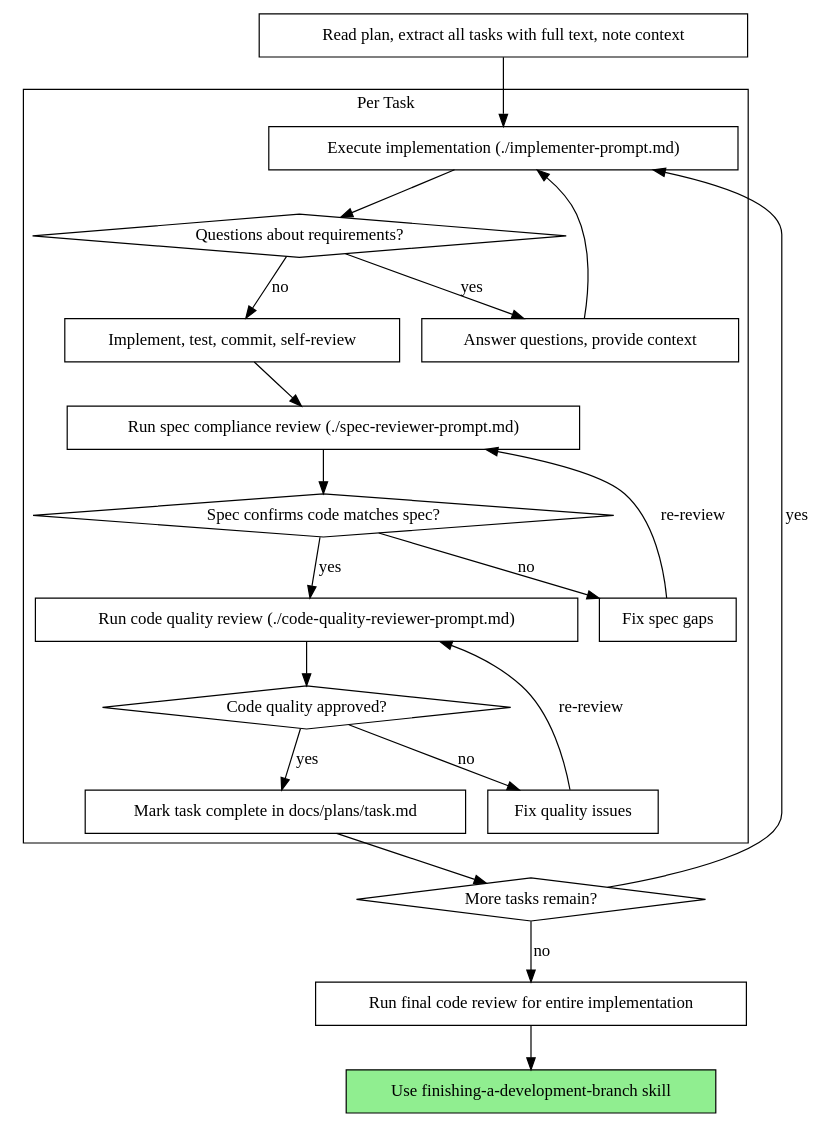
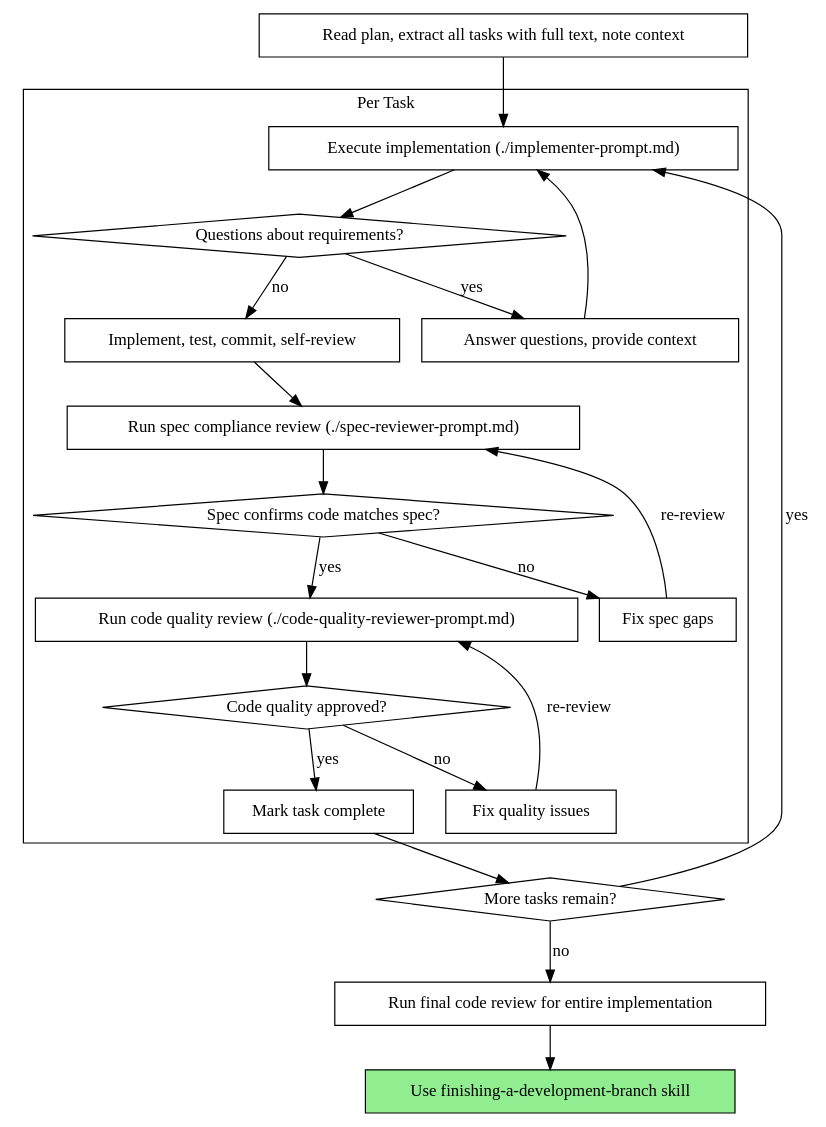
One commit to hyaraxco/team-sync changed the second of 2 diagrams in .agent/skills/single-flow-task-execution/SKILL.md. Above: the diagram before and after it, drawn with Graphviz. The commit also changed other lines of this file and 101 other files, not shown here.

````diff
--- a/.agent/skills/single-flow-task-execution/SKILL.md
+++ b/.agent/skills/single-flow-task-execution/SKILL.md
@@ -68,44 +67,44 @@
 ```dot
 digraph process {
     rankdir=TB;
 
     subgraph cluster_per_task {
         label="Per Task";
         "Execute implementation (./implementer-prompt.md)" [shape=box];
         "Questions about requirements?" [shape=diamond];
         "Answer questions, provide context" [shape=box];
         "Implement, test, commit, self-review" [shape=box];
         "Run spec compliance review (./spec-reviewer-prompt.md)" [shape=box];
         "Spec confirms code matches spec?" [shape=diamond];
         "Fix spec gaps" [shape=box];
         "Run code quality review (./code-quality-reviewer-prompt.md)" [shape=box];
         "Code quality approved?" [shape=diamond];
         "Fix quality issues" [shape=box];
-        "Mark task complete in docs/plans/task.md" [shape=box];
+        "Mark task complete" [shape=box];
     }
 
     "Read plan, extract all tasks with full text, note context" [shape=box];
     "More tasks remain?" [shape=diamond];
     "Run final code review for entire implementation" [shape=box];
     "Use finishing-a-development-branch skill" [shape=box style=filled fillcolor=lightgreen];
 
     "Read plan, extract all tasks with full text, note context" -> "Execute implementation (./implementer-prompt.md)";
     "Execute implementation (./implementer-prompt.md)" -> "Questions about requirements?";
     "Questions about requirements?" -> "Answer questions, provide context" [label="yes"];
     "Answer questions, provide context" -> "Execute implementation (./implementer-prompt.md)";
     "Questions about requirements?" -> "Implement, test, commit, self-review" [label="no"];
     "Implement, test, commit, self-review" -> "Run spec compliance review (./spec-reviewer-prompt.md)";
     "Run spec compliance review (./spec-reviewer-prompt.md)" -> "Spec confirms code matches spec?";
     "Spec confirms code matches spec?" -> "Fix spec gaps" [label="no"];
     "Fix spec gaps" -> "Run spec compliance review (./spec-reviewer-prompt.md)" [label="re-review"];
     "Spec confirms code matches spec?" -> "Run code quality review (./code-quality-reviewer-prompt.md)" [label="yes"];
     "Run code quality review (./code-quality-reviewer-prompt.md)" -> "Code quality approved?";
     "Code quality approved?" -> "Fix quality issues" [label="no"];
     "Fix quality issues" -> "Run code quality review (./code-quality-reviewer-prompt.md)" [label="re-review"];
-    "Code quality approved?" -> "Mark task complete in docs/plans/task.md" [label="yes"];
-    "Mark task complete in docs/plans/task.md" -> "More tasks remain?";
+    "Code quality approved?" -> "Mark task complete" [label="yes"];
+    "Mark task complete" -> "More tasks remain?";
     "More tasks remain?" -> "Execute implementation (./implementer-prompt.md)" [label="yes"];
     "More tasks remain?" -> "Run final code review for entire implementation" [label="no"];
     "Run final code review for entire implementation" -> "Use finishing-a-development-branch skill";
 }
 ```
````
